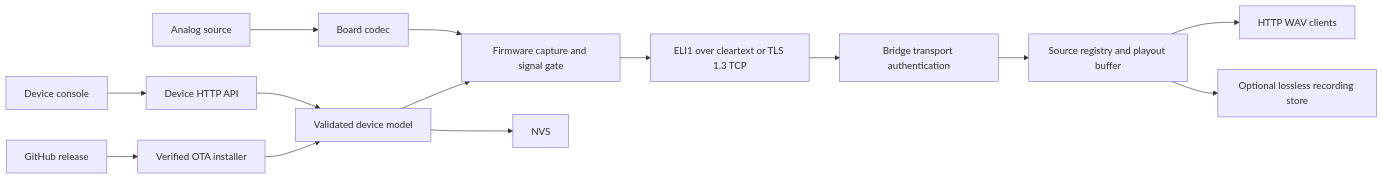
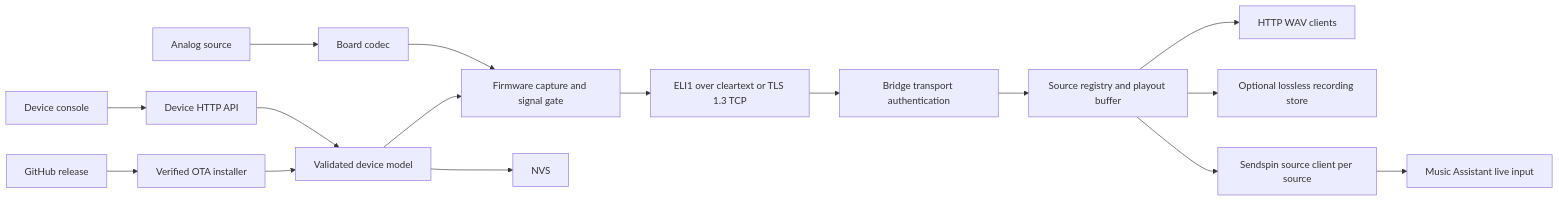
One commit to lutyjj/esp32-streamline changed the first of 2 diagrams in docs/architecture.md. Above: the diagram before and after it, drawn with Mermaid. The commit also changed other lines of this file and 45 other files, not shown here.

````diff
--- a/docs/architecture.md
+++ b/docs/architecture.md
@@ -9,18 +9,20 @@
 ```mermaid
 flowchart LR
   input["Analog source"] --> codec["Board codec"]
   codec --> capture["Firmware capture and signal gate"]
   capture --> tcp["ELI1 over cleartext or TLS 1.3 TCP"]
   tcp --> auth["Bridge transport authentication"]
   auth --> bridge["Source registry and playout buffer"]
   bridge --> wav["HTTP WAV clients"]
   bridge --> recording["Optional lossless recording store"]
+  bridge --> sendspin["Sendspin source client per source"]
+  sendspin --> ma["Music Assistant live input"]
 
   browser["Device console"] --> api["Device HTTP API"]
   api --> config["Validated device model"]
   config --> nvs["NVS"]
   config --> capture
 
   release["GitHub release"] --> ota["Verified OTA installer"]
   ota --> config
 ```
````
